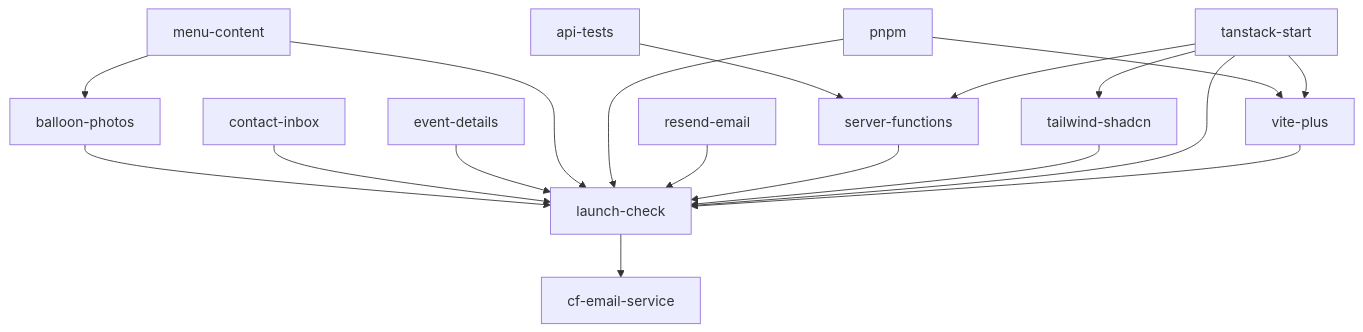
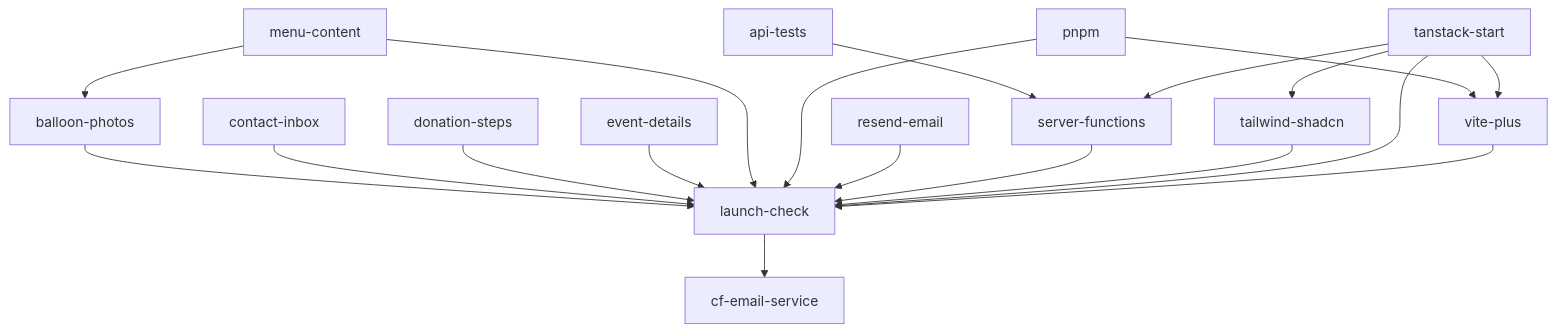
The diagram in docs/TASKS.md (lix42/balloonxbros), drawn with Mermaid before and after one commit. The commit also changed other lines of this file and 21 other files, not shown here.

````diff
--- a/docs/TASKS.md
+++ b/docs/TASKS.md
@@ -51,33 +51,35 @@
 ```mermaid
 graph TD
   api-tests
   balloon-photos
   cf-email-service
   contact-inbox
+  donation-steps
   event-details
   launch-check
   menu-content
   pnpm
   resend-email
   server-functions
   tailwind-shadcn
   tanstack-start
   vite-plus
   menu-content --> balloon-photos
   launch-check --> cf-email-service
   balloon-photos --> launch-check
   contact-inbox --> launch-check
+  donation-steps --> launch-check
   event-details --> launch-check
   menu-content --> launch-check
   pnpm --> launch-check
   resend-email --> launch-check
   server-functions --> launch-check
   tailwind-shadcn --> launch-check
   tanstack-start --> launch-check
   vite-plus --> launch-check
   api-tests --> server-functions
   tanstack-start --> server-functions
   tanstack-start --> tailwind-shadcn
   pnpm --> vite-plus
   tanstack-start --> vite-plus
 ```
````
